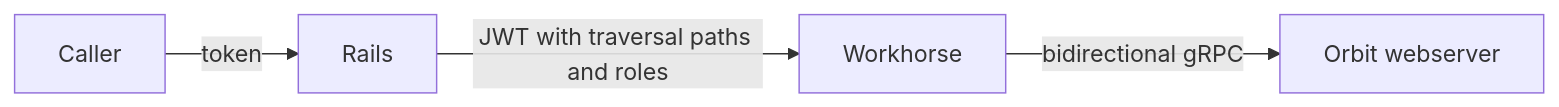
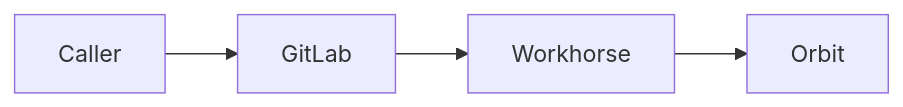
The second of 6 diagrams in docs/pages/engineering/architecture/querying/request-path.md (gitlabhq/orbit-knowledge-graph), drawn with Mermaid before and after one commit. The commit also changed other lines of this file and 3 other files, not shown here.

Commit message:
docs(architecture): apply the architecture page style to the querying section and add header images

````diff
--- a/docs/pages/engineering/architecture/querying/request-path.md
+++ b/docs/pages/engineering/architecture/querying/request-path.md
@@ -47,6 +36,4 @@
 ```mermaid
 flowchart LR
-    Caller -- token --> Rails
-    Rails -- JWT with traversal paths and roles --> Workhorse
-    Workhorse -- bidirectional gRPC --> Webserver[Orbit webserver]
+    Caller --> GitLab --> Workhorse --> Orbit
 ```
````
